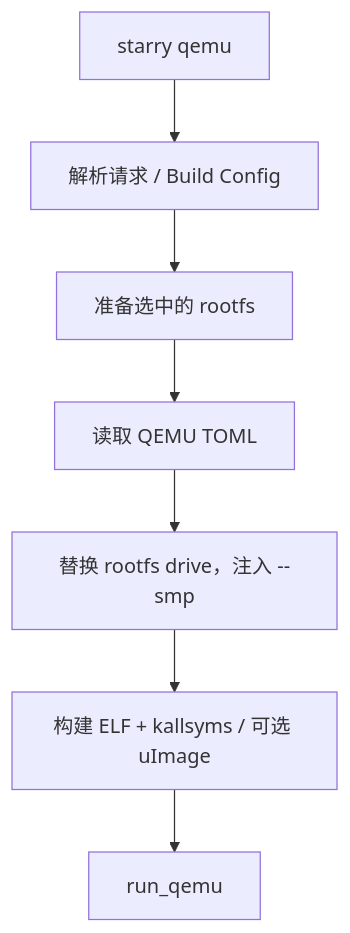
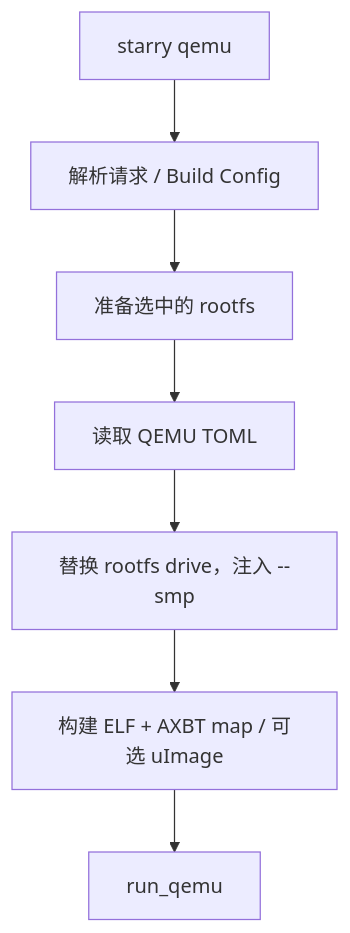
Before and after one commit to rcore-os/tgoskits: the diagram in docs/docs/build/starry/runtime.md, drawn with Mermaid. The commit also changed other lines of this file and 121 other files, not shown here.

````diff
--- a/docs/docs/build/starry/runtime.md
+++ b/docs/docs/build/starry/runtime.md
@@ -14,9 +14,9 @@
 ```mermaid
 flowchart TD
     A["starry qemu"] --> B["解析请求 / Build Config"]
     B --> C["准备选中的 rootfs"]
     C --> D["读取 QEMU TOML"]
     D --> E["替换 rootfs drive，注入 --smp"]
-    E --> F["构建 ELF + kallsyms / 可选 uImage"]
+    E --> F["构建 ELF + AXBT map / 可选 uImage"]
     F --> G["run_qemu"]
 ```
````
